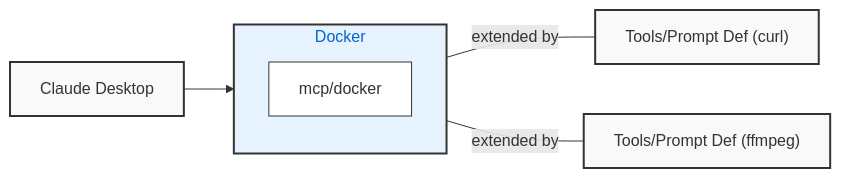
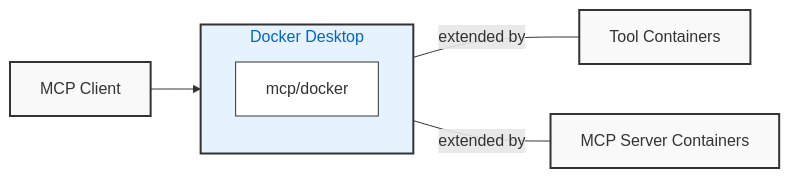
The diagram in docs/content/tools/_index.md (docker/labs-ai-tools-for-devs), drawn with Mermaid before and after one commit. The commit also changed other lines of this file and 13 other files, not shown here.

````diff
--- a/docs/content/tools/_index.md
+++ b/docs/content/tools/_index.md
@@ -14,15 +14,15 @@
 ```mermaid
 flowchart LR
-    desktop["Claude Desktop"]
-    subgraph docker["Docker"]
+    desktop["MCP Client"]
+    subgraph docker["Docker Desktop"]
         mcp["mcp/docker"]
     end
     desktop --> docker
-    docker -- extended by --- box1["Tools/Prompt Def (curl)"]
-    docker -- extended by --- box2["Tools/Prompt Def (ffmpeg)"]
+    docker -- extended by --- box1["Tool Containers"]
+    docker -- extended by --- box2["MCP Server Containers"]
     style desktop fill:#f9f9f9,stroke:#333,stroke-width:2px
     style docker fill:#e6f3ff,stroke:#333,stroke-width:2px,color:#0066cc
     style mcp fill:#fff,stroke:#333,stroke-width:1px
     style box1 fill:#f9f9f9,stroke:#333,stroke-width:2px
     style box2 fill:#f9f9f9,stroke:#333,stroke-width:2px
 ```
````
